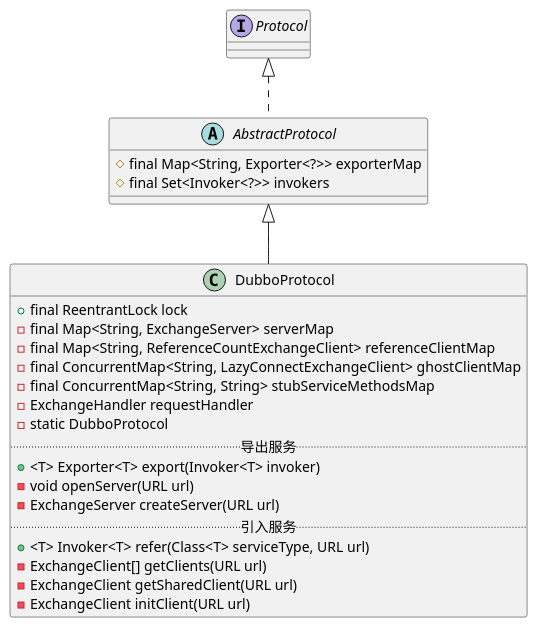
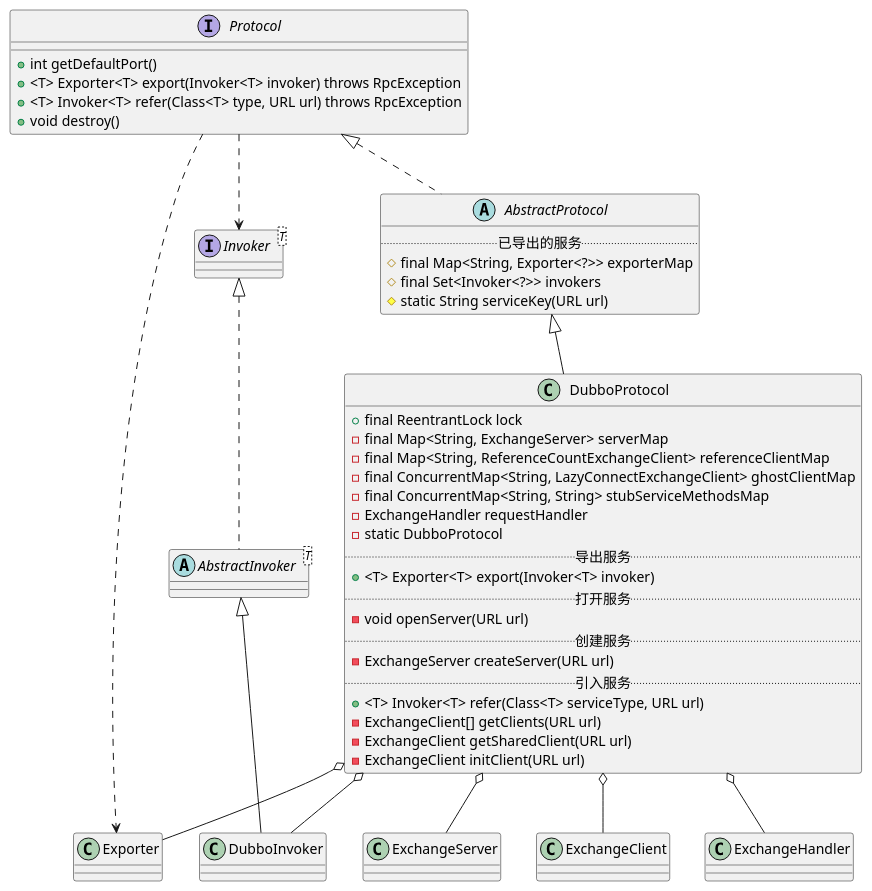
Before and after one commit to onlyonion/development: the diagram in 30-distributed/src/dubbo/rpc/protocol/dubbo/DubboProtocol.md, drawn with PlantUML. The commit also changed 11 other files, not shown here.

````diff
--- a/30-distributed/src/dubbo/rpc/protocol/dubbo/DubboProtocol.md
+++ b/30-distributed/src/dubbo/rpc/protocol/dubbo/DubboProtocol.md
@@ -16,33 +16,57 @@
 ```plantuml
 @startuml
 
-interface Protocol
+interface Protocol {
+    + int getDefaultPort()
+    + <T> Exporter<T> export(Invoker<T> invoker) throws RpcException
+    + <T> Invoker<T> refer(Class<T> type, URL url) throws RpcException
+    + void destroy()
+}
+Protocol ^.. AbstractProtocol
+Protocol ..> Exporter
+Protocol ..> Invoker
+
 abstract class AbstractProtocol {
+    .. 已导出的服务 ..
     # final Map<String, Exporter<?>> exporterMap
     # final Set<Invoker<?>> invokers
+    # static String serviceKey(URL url)
 }
-Protocol ^.. AbstractProtocol
 
+AbstractProtocol ^-- DubboProtocol
 class DubboProtocol {
     + final ReentrantLock lock
     - final Map<String, ExchangeServer> serverMap
     - final Map<String, ReferenceCountExchangeClient> referenceClientMap
     - final ConcurrentMap<String, LazyConnectExchangeClient> ghostClientMap
     - final ConcurrentMap<String, String> stubServiceMethodsMap
     - ExchangeHandler requestHandler
     - static DubboProtocol
     .. 导出服务 ..
     + <T> Exporter<T> export(Invoker<T> invoker)
+    .. 打开服务 ..
     - void openServer(URL url)
+    .. 创建服务 ..
     - ExchangeServer createServer(URL url)
     .. 引入服务 ..
     + <T> Invoker<T> refer(Class<T> serviceType, URL url) 
     - ExchangeClient[] getClients(URL url)
     - ExchangeClient getSharedClient(URL url)
     - ExchangeClient initClient(URL url)
 }
-AbstractProtocol ^-- DubboProtocol
+
+DubboProtocol o-- DubboInvoker
+DubboProtocol o-- ExchangeServer
+DubboProtocol o-- Exporter
+DubboProtocol o-- ExchangeClient
+DubboProtocol o-- ExchangeHandler
+
+interface Invoker<T>
+Invoker ^.. AbstractInvoker
+abstract class AbstractInvoker<T>
+AbstractInvoker ^-- DubboInvoker
+class DubboInvoker
 
 @enduml
 
 ```
````
